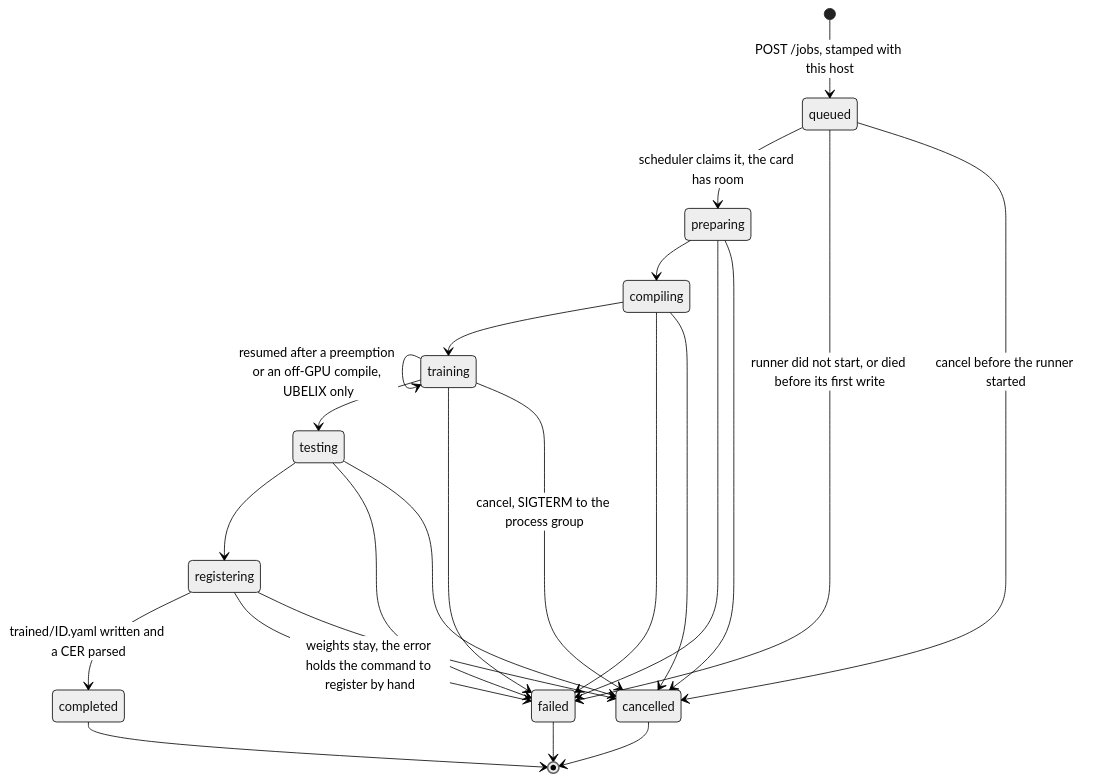
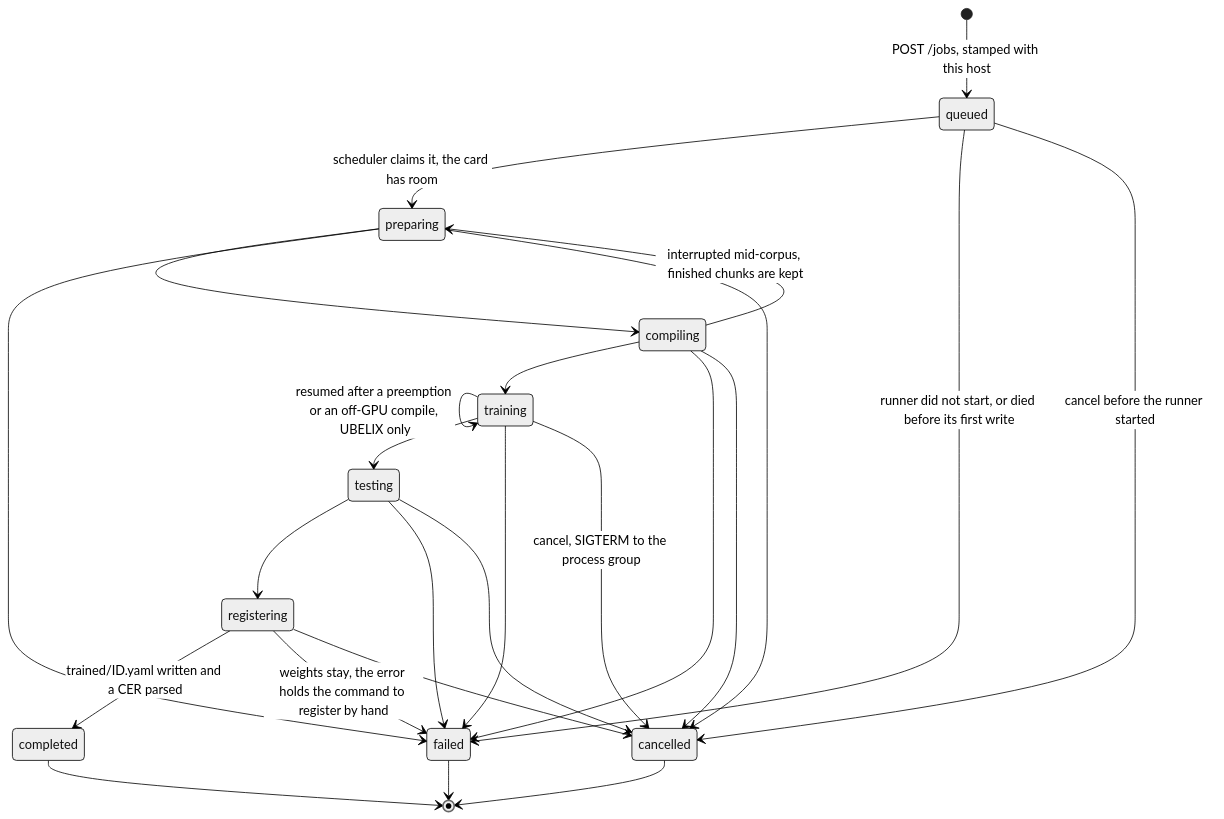
One commit to thodel/training-atr-models changed the second of 2 diagrams in docs/INFRASTRUCTURE.md. Above: the diagram before and after it, drawn with Mermaid (neutral theme). The commit also changed 4 other files, not shown here.

````diff
--- a/docs/INFRASTRUCTURE.md
+++ b/docs/INFRASTRUCTURE.md
@@ -241,26 +241,27 @@
 ```mermaid
 stateDiagram-v2
   [*] --> queued: POST /jobs, stamped with this host
   queued --> preparing: scheduler claims it, the card has room
   preparing --> compiling
   compiling --> training
+  compiling --> preparing: interrupted mid-corpus, finished chunks are kept
   training --> training: resumed after a preemption or an off-GPU compile, UBELIX only
   training --> testing
   testing --> registering
   registering --> completed: trained/ID.yaml written and a CER parsed
   queued --> failed: runner did not start, or died before its first write
   preparing --> failed
   compiling --> failed
   training --> failed
   testing --> failed
   registering --> failed: weights stay, the error holds the command to register by hand
   queued --> cancelled: cancel before the runner started
   preparing --> cancelled
   compiling --> cancelled
   training --> cancelled: cancel, SIGTERM to the process group
   testing --> cancelled
   registering --> cancelled
   completed --> [*]
   failed --> [*]
   cancelled --> [*]
 ```
````
